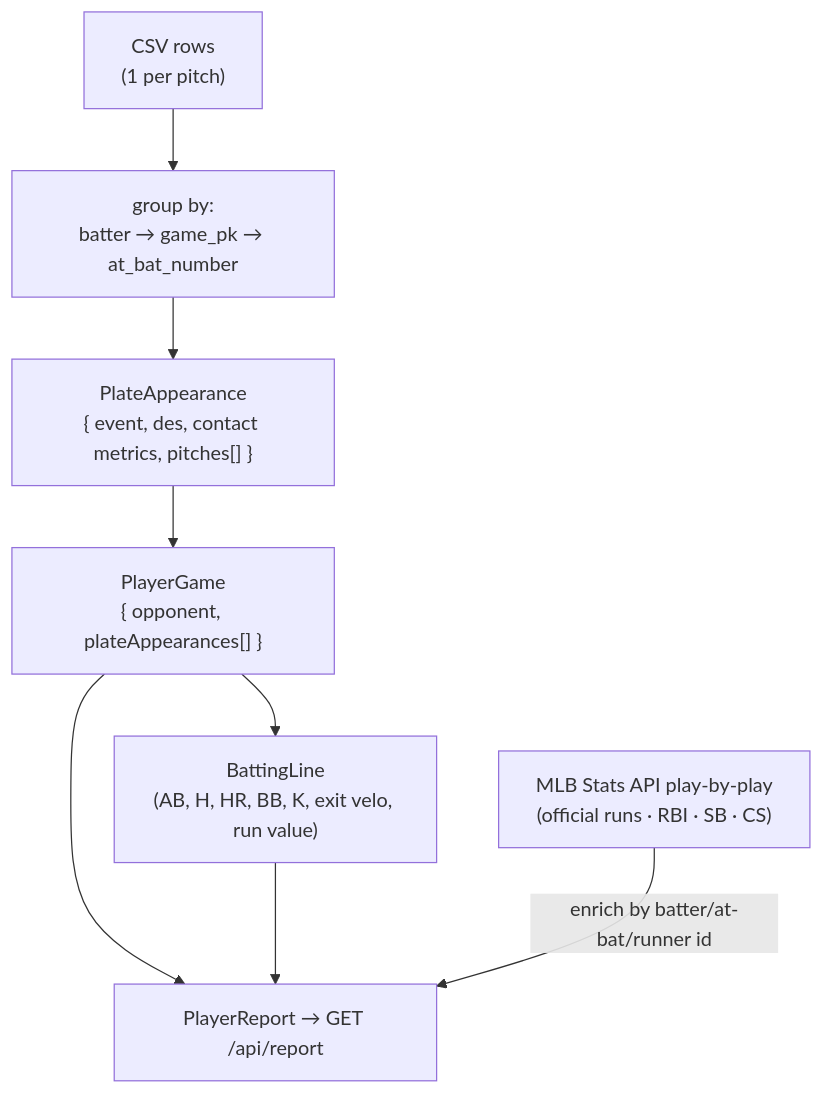
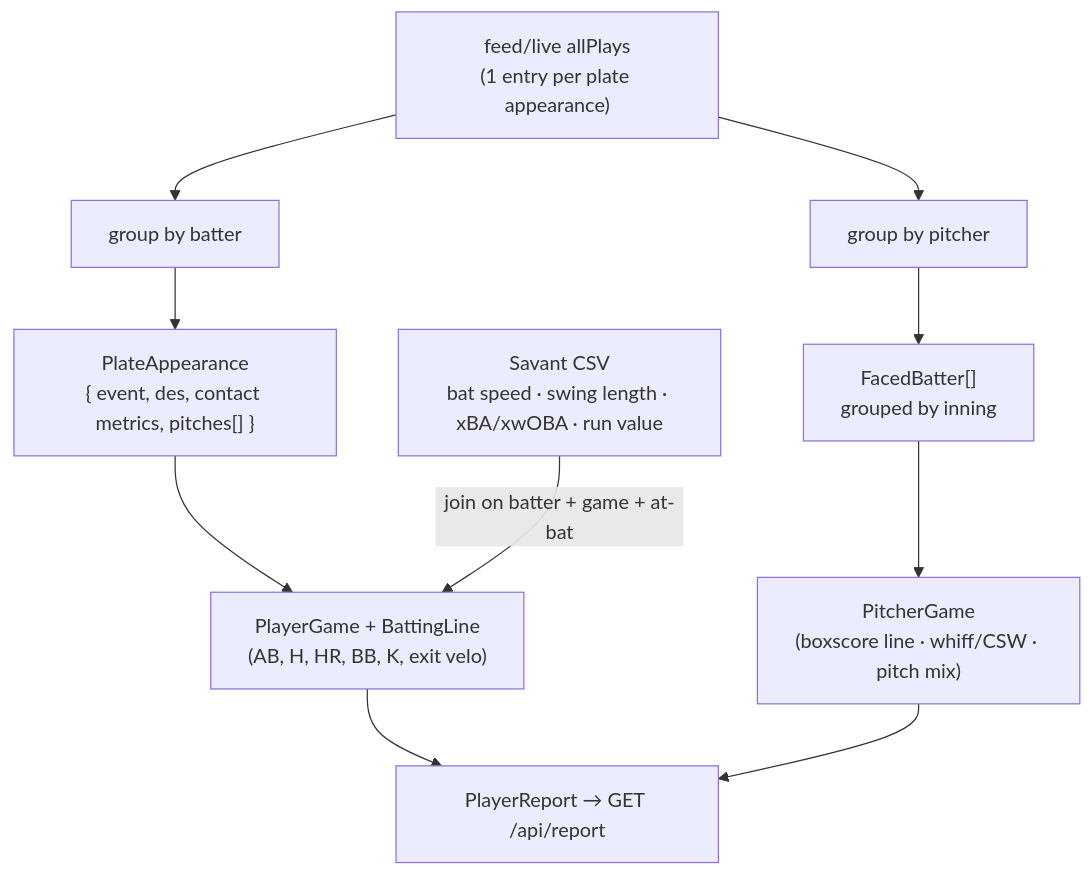
One commit to tmd913/baseball-sicko-stats changed the third of 3 diagrams in README.md. Above: the diagram before and after it, drawn with Mermaid. The commit also changed other lines of this file and 1 other file, not shown here.

````diff
--- a/README.md
+++ b/README.md
@@ -91,11 +143,14 @@
 ```mermaid
 flowchart TD
-  CSV["CSV rows<br/>(1 per pitch)"]
-  --> Group["group by:<br/>batter → game_pk → at_bat_number"]
-  --> PA["PlateAppearance<br/>{ event, des, contact metrics, pitches[] }"]
-  --> Game["PlayerGame<br/>{ opponent, plateAppearances[] }"]
-  Game --> Line["BattingLine<br/>(AB, H, HR, BB, K, exit velo, run value)"]
-  Game --> Report["PlayerReport → GET /api/report"]
-  Line --> Report
-  PBP["MLB Stats API play-by-play<br/>(official runs · RBI · SB · CS)"] -- "enrich by batter/at-bat/runner id" --> Report
+  Feed["feed/live allPlays<br/>(1 entry per plate appearance)"]
+  Feed --> ByB["group by batter"]
+  Feed --> ByP["group by pitcher"]
+  ByB --> PA["PlateAppearance<br/>{ event, des, contact metrics, pitches[] }"]
+  PA --> BGame["PlayerGame + BattingLine<br/>(AB, H, HR, BB, K, exit velo)"]
+  ByP --> FB["FacedBatter[]<br/>grouped by inning"]
+  FB --> PGame["PitcherGame<br/>(boxscore line · whiff/CSW · pitch mix)"]
+  CSV["Savant CSV<br/>bat speed · swing length · xBA/xwOBA · run value"]
+  CSV -- "join on batter + game + at-bat" --> BGame
+  BGame --> Report["PlayerReport → GET /api/report"]
+  PGame --> Report
 ```
````
